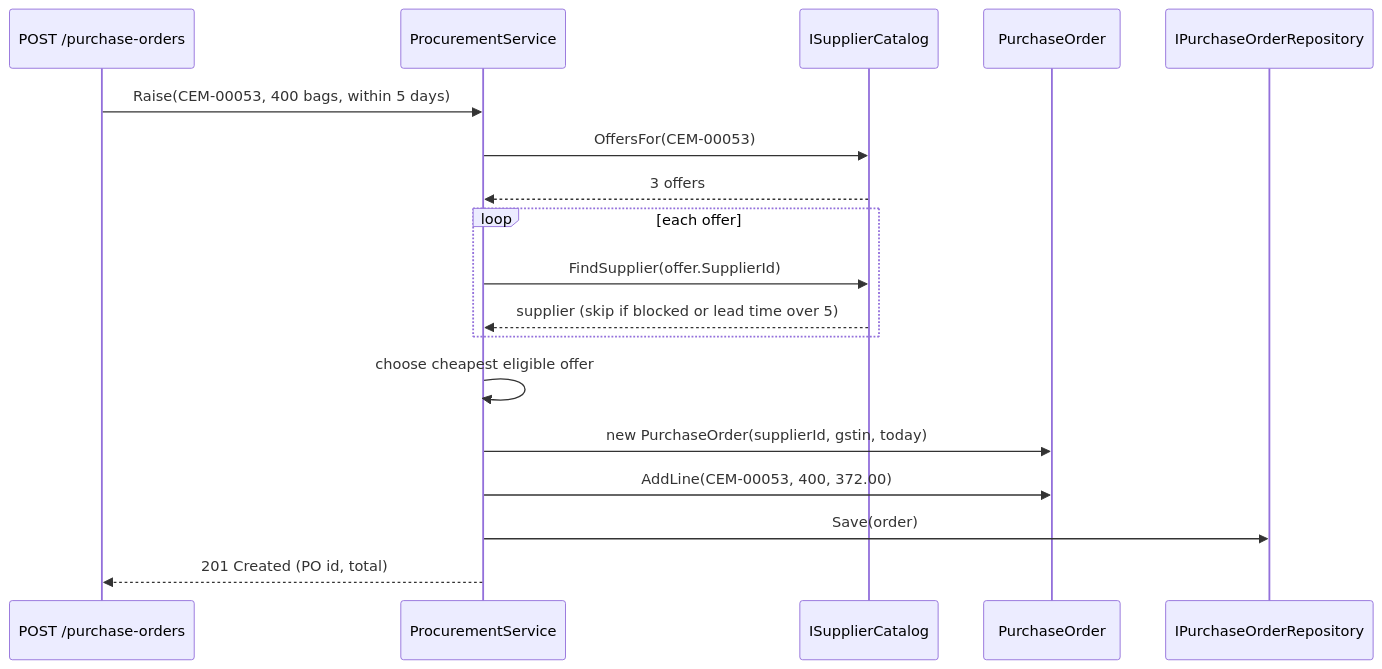
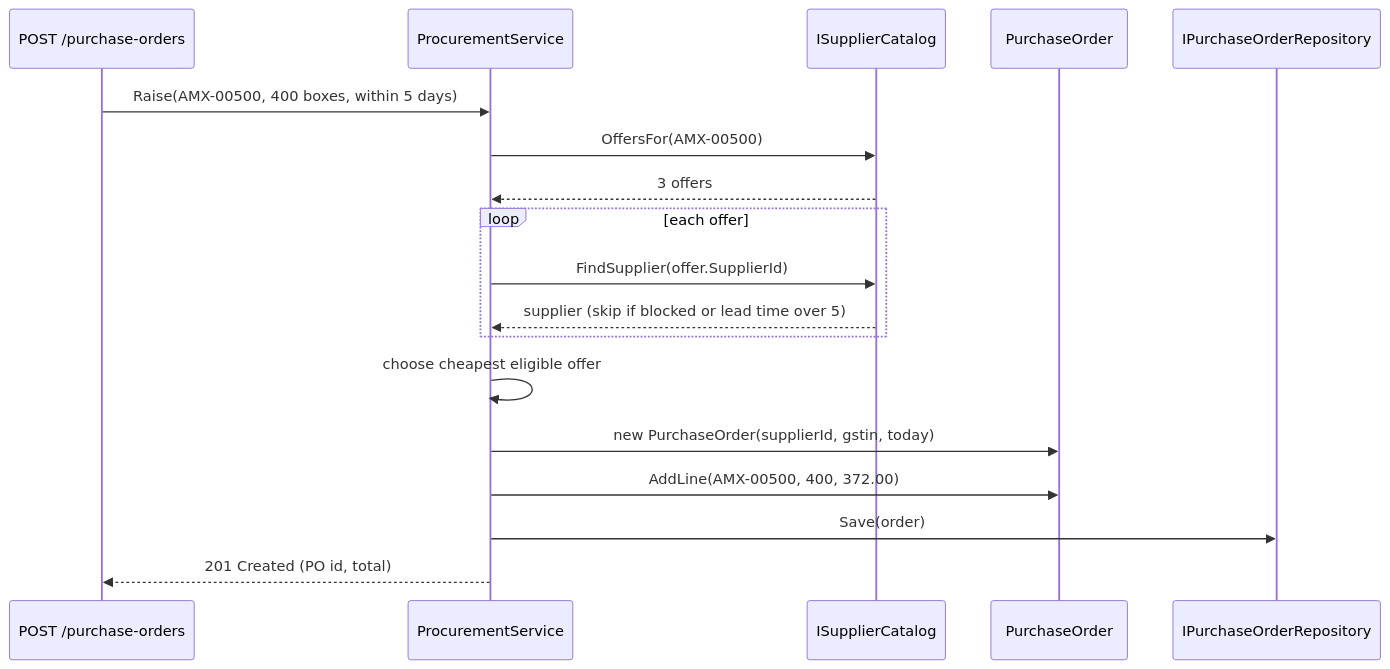
Before and after one commit to rizwi0786/system-design-lab: the second of 2 diagrams in content/lessons/m07/m07-relationships.md, drawn with Mermaid. The commit also changed other lines of this file and 334 other files, not shown here.

````diff
--- a/content/lessons/m07/m07-relationships.md
+++ b/content/lessons/m07/m07-relationships.md
@@ -227,20 +227,20 @@
 ```mermaid
 sequenceDiagram
     participant API as POST /purchase-orders
     participant P as ProcurementService
     participant Cat as ISupplierCatalog
     participant PO as PurchaseOrder
     participant Repo as IPurchaseOrderRepository
-    API->>P: Raise(CEM-00053, 400 bags, within 5 days)
-    P->>Cat: OffersFor(CEM-00053)
+    API->>P: Raise(AMX-00500, 400 boxes, within 5 days)
+    P->>Cat: OffersFor(AMX-00500)
     Cat-->>P: 3 offers
     loop each offer
         P->>Cat: FindSupplier(offer.SupplierId)
         Cat-->>P: supplier (skip if blocked or lead time over 5)
     end
     P->>P: choose cheapest eligible offer
     P->>PO: new PurchaseOrder(supplierId, gstin, today)
-    P->>PO: AddLine(CEM-00053, 400, 372.00)
+    P->>PO: AddLine(AMX-00500, 400, 372.00)
     P->>Repo: Save(order)
     P-->>API: 201 Created (PO id, total)
 ```
````
